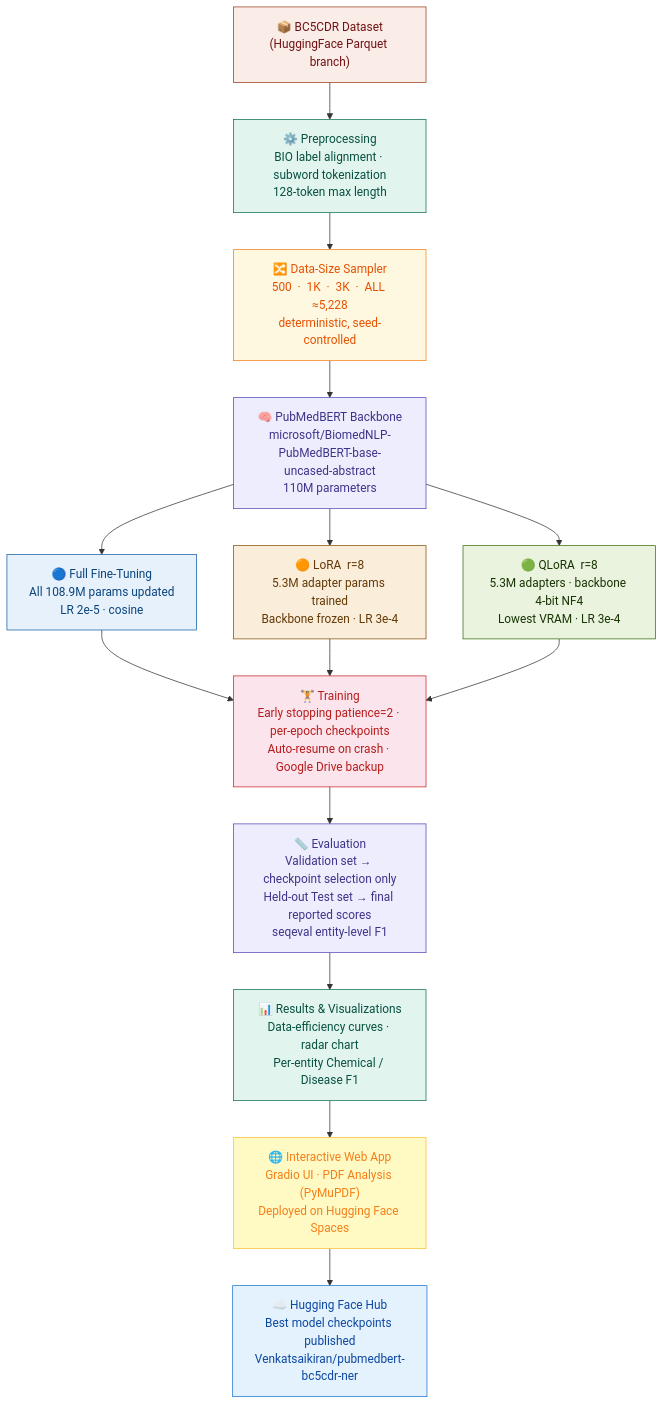
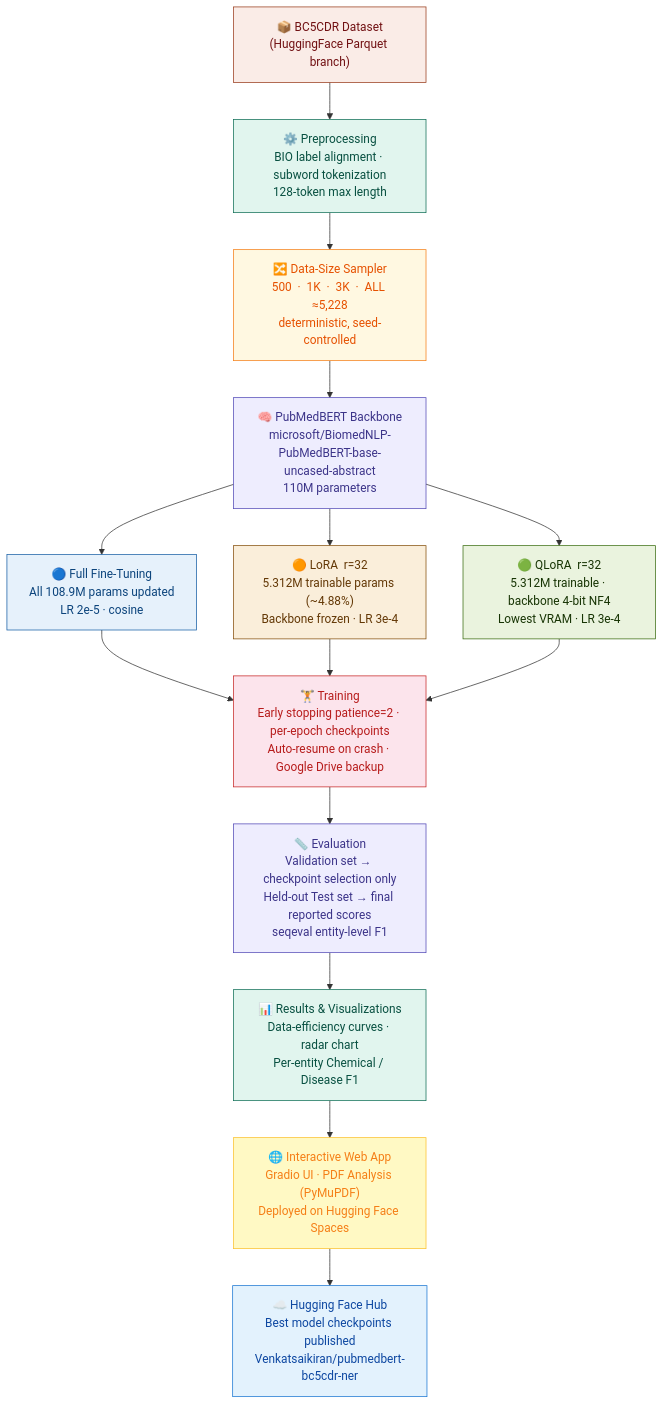
Before and after one commit to ChigurupatiVenkatSaiKiran/Efficient-Reproducible-Biomedical-NER-A-Comparative-Evaluation-FFT-LoRA-and-QLoRA-Using-PubMedBERT: the diagram in README.md, drawn with Mermaid. The commit also changed other lines of this file, not shown here.

Commit message:
docs: align README with Jupyter notebook implementation (LoRA r=32, ~4.88% params, 16,423 sentences, hyperparameters table, and methodology clarifications)

````diff
--- a/README.md
+++ b/README.md
@@ -144,39 +144,39 @@
 ```mermaid
 flowchart TD
     A["📦 BC5CDR Dataset\n(HuggingFace Parquet branch)"] --> B
 
     B["⚙️ Preprocessing\nBIO label alignment · subword tokenization\n128-token max length"] --> C
 
     C["🔀 Data-Size Sampler\n500  ·  1K  ·  3K  ·  ALL ≈5,228\ndeterministic, seed-controlled"] --> D
 
     D["🧠 PubMedBERT Backbone\nmicrosoft/BiomedNLP-PubMedBERT-base-uncased-abstract\n110M parameters"] --> E & F & G
 
     E["🔵 Full Fine-Tuning\nAll 108.9M params updated\nLR 2e-5 · cosine"]
-    F["🟠 LoRA  r=8\n5.3M adapter params trained\nBackbone frozen · LR 3e-4"]
-    G["🟢 QLoRA  r=8\n5.3M adapters · backbone 4-bit NF4\nLowest VRAM · LR 3e-4"]
+    F["🟠 LoRA  r=32\n5.312M trainable params (~4.88%)\nBackbone frozen · LR 3e-4"]
+    G["🟢 QLoRA  r=32\n5.312M trainable · backbone 4-bit NF4\nLowest VRAM · LR 3e-4"]
 
     E & F & G --> H
 
     H["🏋️ Training\nEarly stopping patience=2 · per-epoch checkpoints\nAuto-resume on crash · Google Drive backup"] --> I
 
     I["📏 Evaluation\nValidation set → checkpoint selection only\nHeld-out Test set → final reported scores\nseqeval entity-level F1"] --> J
 
     J["📊 Results & Visualizations\nData-efficiency curves · radar chart\nPer-entity Chemical / Disease F1"] --> K
 
     K["🌐 Interactive Web App\nGradio UI · PDF Analysis (PyMuPDF)\nDeployed on Hugging Face Spaces"] --> L
 
     L["☁️ Hugging Face Hub\nBest model checkpoints published\nVenkatsaikiran/pubmedbert-bc5cdr-ner"]
 
     style A fill:#FAECE7,stroke:#993C1D,color:#711113
     style B fill:#E1F5EE,stroke:#0F6E56,color:#085041
     style C fill:#FFF8E1,stroke:#F57F17,color:#E65100
     style D fill:#EEEDFE,stroke:#534AB7,color:#3C3489
     style E fill:#E6F1FB,stroke:#185FA5,color:#0C447C
     style F fill:#FAEEDA,stroke:#854F0B,color:#633806
     style G fill:#EAF3DE,stroke:#3B6D11,color:#173404
     style H fill:#FCE4EC,stroke:#C62828,color:#B71C1C
     style I fill:#EEEDFE,stroke:#534AB7,color:#3C3489
     style J fill:#E1F5EE,stroke:#0F6E56,color:#085041
     style K fill:#FFF9C4,stroke:#FBC02D,color:#F57F17
     style L fill:#E3F2FD,stroke:#1976D2,color:#0D47A1
 ```
````
